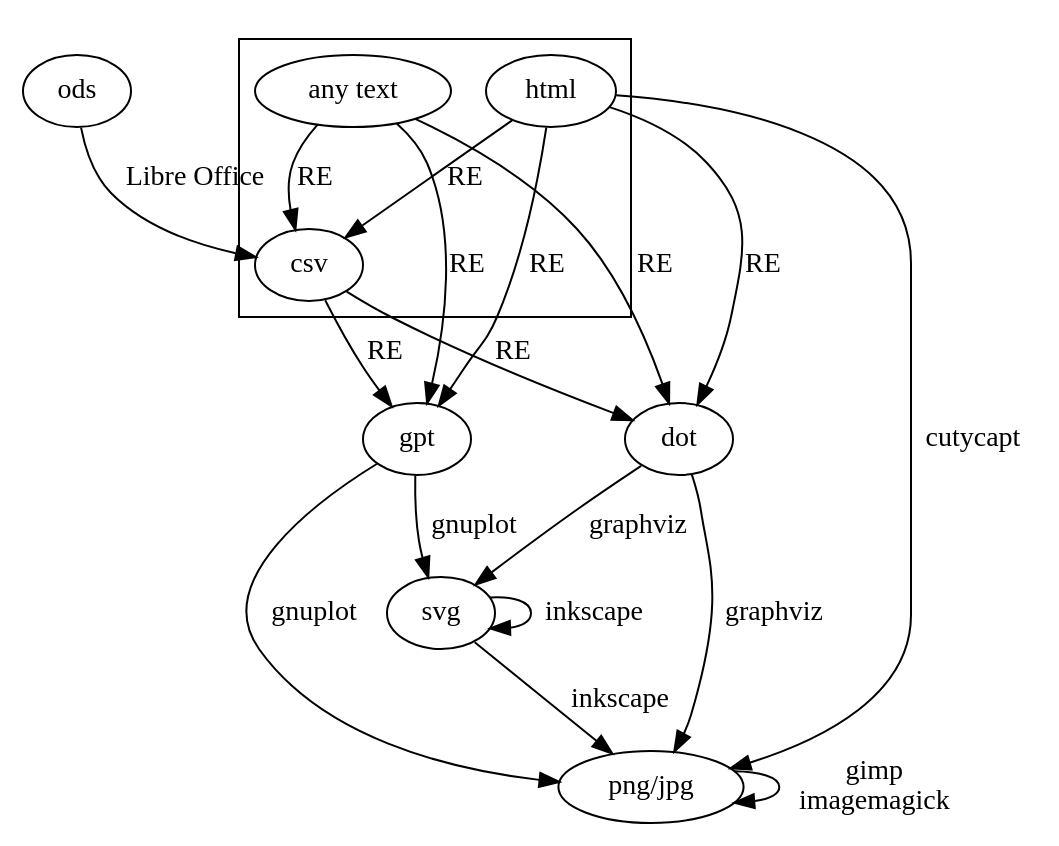
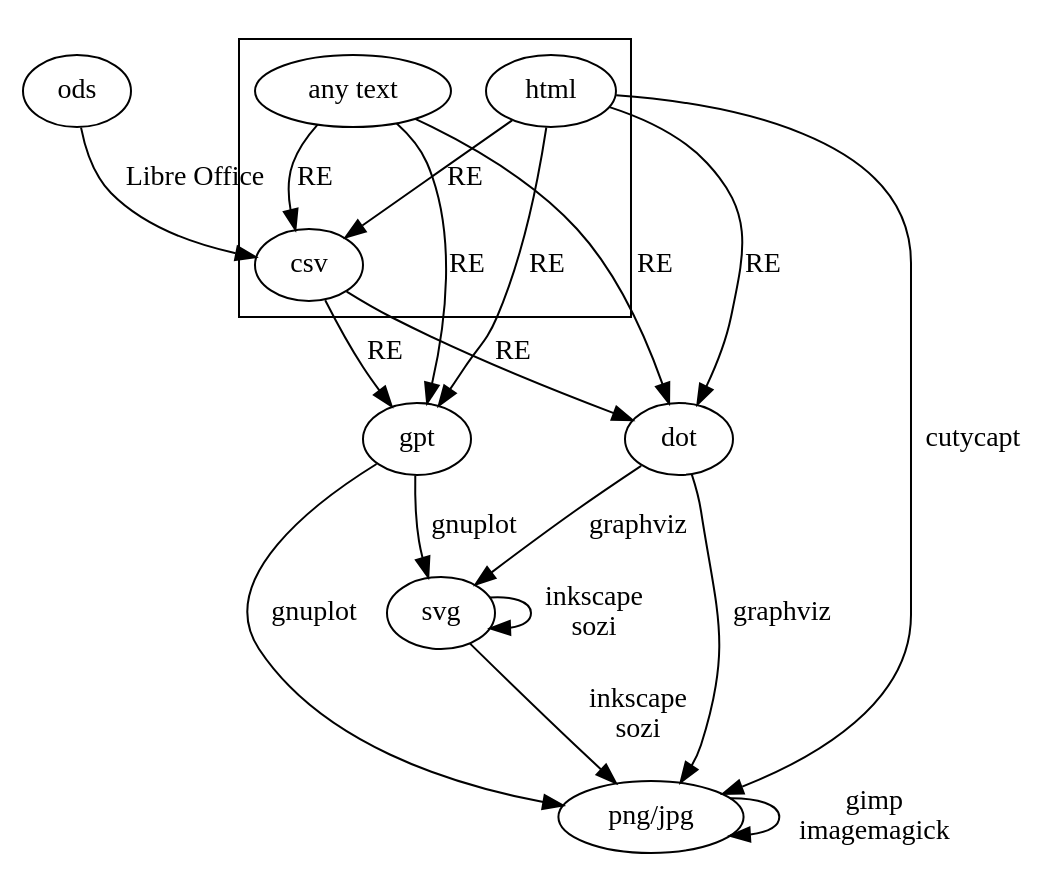
The diagram in a/m/16/graphic-workflow.dot (ckhung/ckhung.github.io), drawn with Graphviz before and after one commit. The commit also changed 1 other file, not shown here.

```diff
--- a/a/m/16/graphic-workflow.dot
+++ b/a/m/16/graphic-workflow.dot
@@ -1,20 +1,20 @@
 // dot -Tsvg graphic-workflow.dot -o graphic-workflow.svg
 digraph "檔案格式為中心的繪圖工作流程" {
 
     overlap = scale;
 
     subgraph cluster_text {
 	text [ label="any text" ];
 	{ text html } -> csv [ label="RE" ];
     }
 
     graphic [ label="png/jpg" ];
 
     html -> graphic [ label="cutycapt" ];
     { text html csv } -> { dot gpt } [ label="RE" ];
     ods -> csv [ label="Libre Office" ];
     dot -> { svg graphic } [ label="graphviz" ];
-    svg -> { svg graphic } [ label="inkscape" ];
+    svg -> { svg graphic } [ label="inkscape\nsozi" ];
     gpt -> { svg graphic } [ label="gnuplot" ];
     graphic -> graphic [ label="gimp\nimagemagick" ];
 }
```
